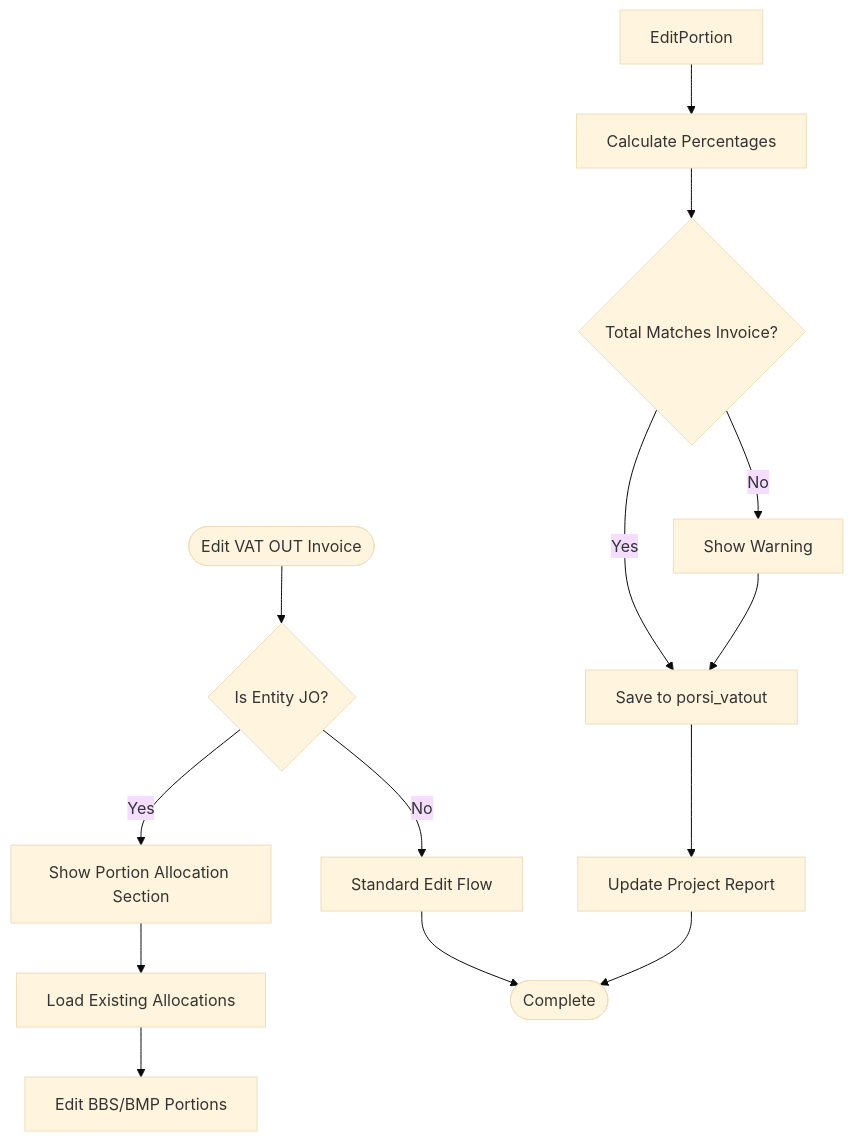
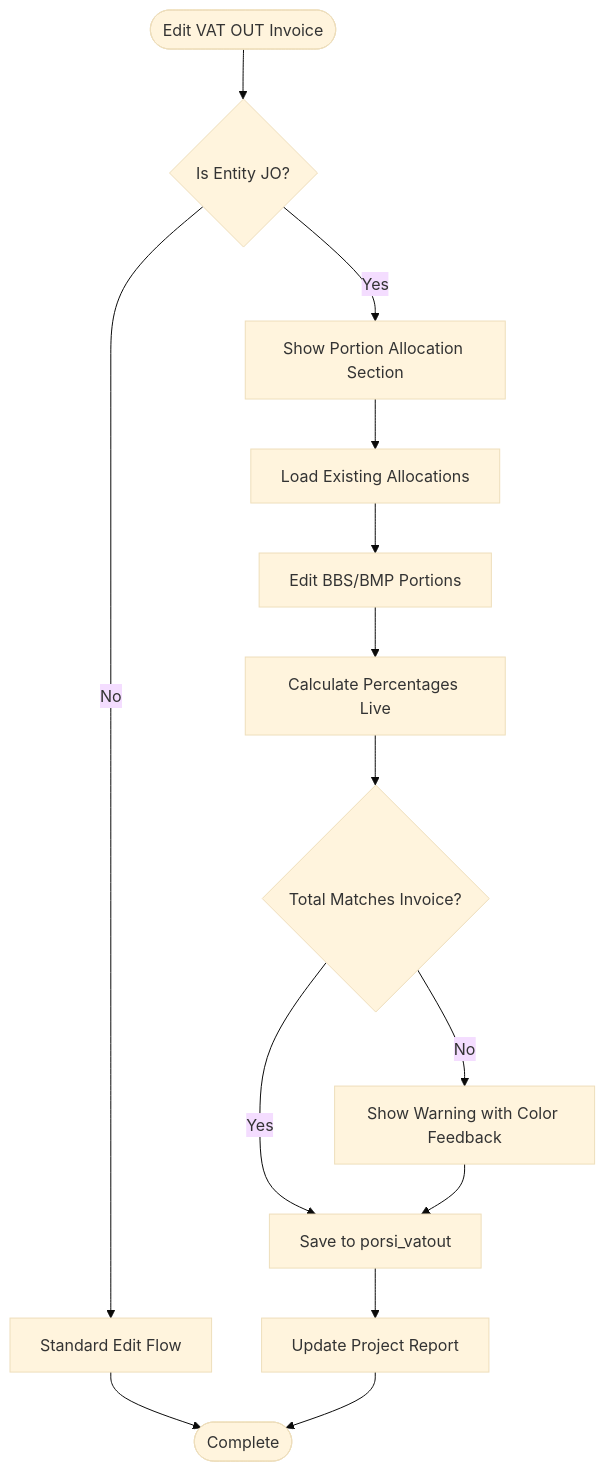
One commit to rendisiagian/TDS_by_RENDISIAGIAN changed the fourth of 11 diagrams in .qoder/repowiki/en/content/VAT Management System/VAT Output (VAT OUT).md. Above: the diagram before and after it, drawn with Mermaid (base theme). The commit also changed other lines of this file and 38 other files, not shown here.

````diff
--- a/.qoder/repowiki/en/content/VAT Management System/VAT Output (VAT OUT).md
+++ b/.qoder/repowiki/en/content/VAT Management System/VAT Output (VAT OUT).md
@@ -169,16 +234,16 @@
 ```mermaid
 flowchart TD
 Start(["Edit VAT OUT Invoice"]) --> CheckEntity{"Is Entity JO?"}
 CheckEntity --> |No| StandardFlow["Standard Edit Flow"]
 CheckEntity --> |Yes| ShowPortion["Show Portion Allocation Section"]
 ShowPortion --> LoadExisting["Load Existing Allocations"]
 LoadExisting --> EditPortions["Edit BBS/BMP Portions"]
-EditPortion --> CalcPercent["Calculate Percentages"]
+EditPortions --> CalcPercent["Calculate Percentages Live"]
 CalcPercent --> ValidateSum{"Total Matches Invoice?"}
 ValidateSum --> |Yes| SavePortions["Save to porsi_vatout"]
-ValidateSum --> |No| WarnUser["Show Warning"]
+ValidateSum --> |No| WarnUser["Show Warning with Color Feedback"]
 WarnUser --> SavePortions
 SavePortions --> UpdateReport["Update Project Report"]
 StandardFlow --> End(["Complete"])
 UpdateReport --> End
 ```
````
